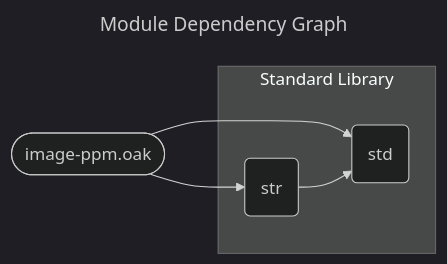
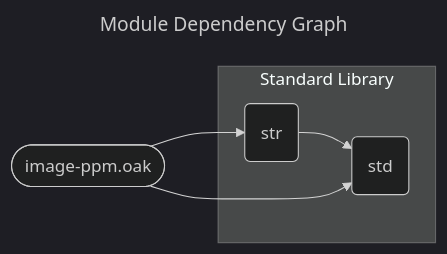
The diagram in docs/spec/image-ppm.mmd (SpcFORK/magnolia), drawn with Mermaid (dark theme) before and after one commit. The commit also changed other lines of this file and 127 other files, not shown here.

First line of the commit message:
Refactor module dependency graphs across various specifications

```diff
--- a/docs/spec/image-ppm.mmd
+++ b/docs/spec/image-ppm.mmd
@@ -1,12 +1,12 @@
 ---
 title: Module Dependency Graph
 ---
 flowchart LR
     lib_image_ppm_oak(["image-ppm.oak"])
     subgraph stdlib_core ["Standard Library"]
+        str("str")
         std("std")
-        str("str")
     end
+    str --> std
     lib_image_ppm_oak --> std
     lib_image_ppm_oak --> str
-    str --> std
```
